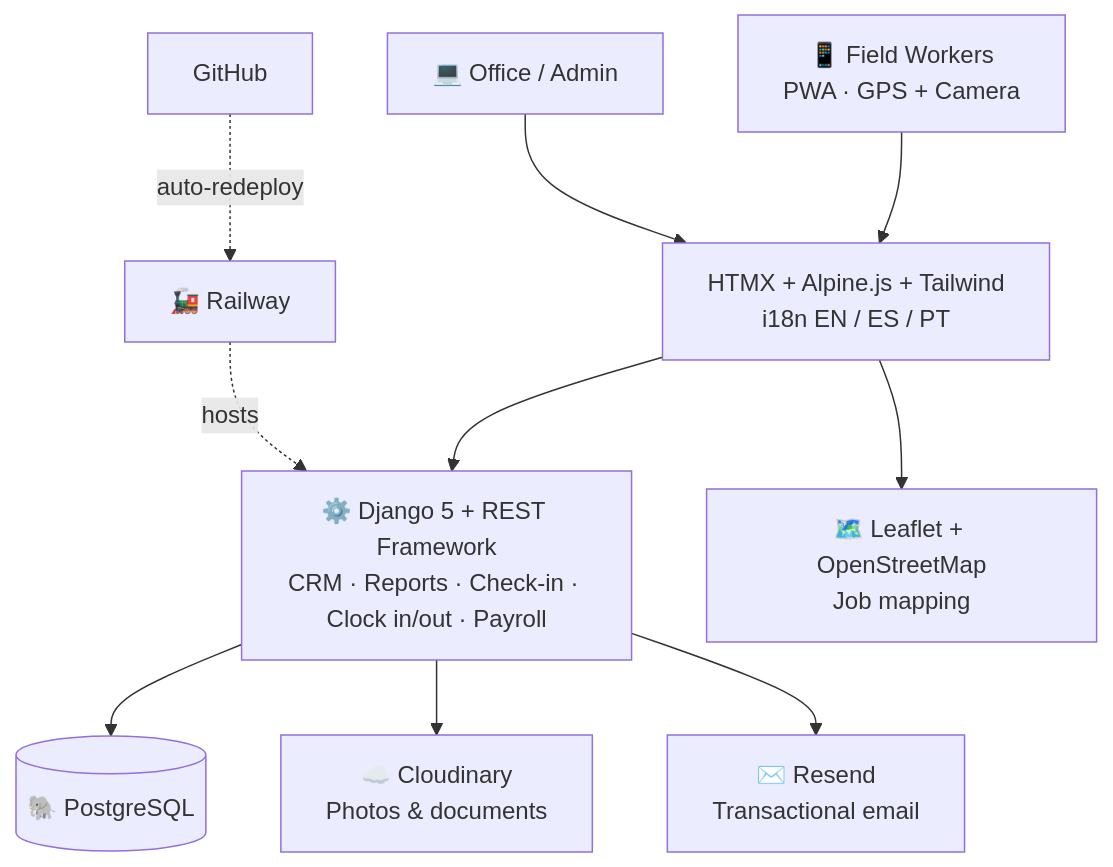
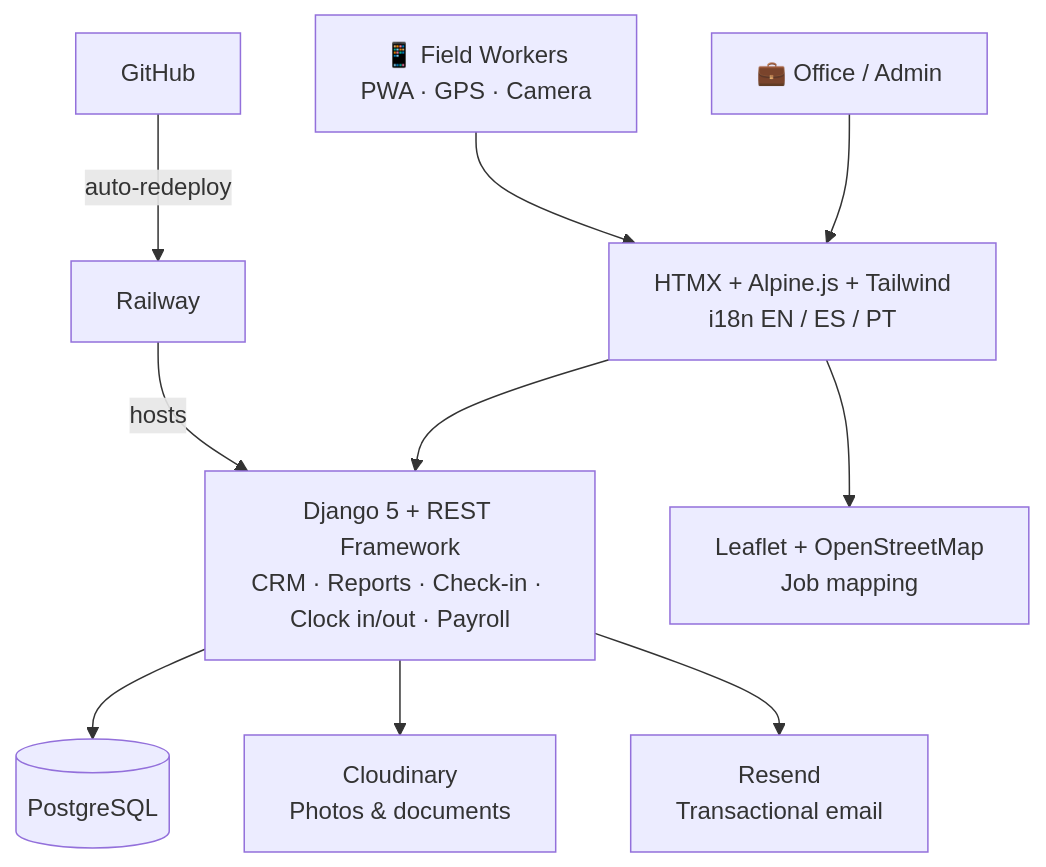
One commit to willgouveiaa/willgouveiaa changed the first of 10 diagrams in README.md. Above: the diagram before and after it, drawn with Mermaid. The commit also changed other lines of this file, not shown here.

First line of the commit message:
Revise architecture diagrams and project details

````diff
--- a/README.md
+++ b/README.md
@@ -38,13 +38,12 @@
 ```mermaid
-flowchart TD
-    W["📱 Field Workers<br/>PWA · GPS + Camera"] --> UI
-    O["💻 Office / Admin"] --> UI
-    UI["HTMX + Alpine.js + Tailwind<br/>i18n EN / ES / PT"] --> DJ
-    UI --> MAP["🗺️ Leaflet + OpenStreetMap<br/>Job mapping"]
-    DJ["⚙️ Django 5 + REST Framework<br/>CRM · Reports · Check-in · Clock in/out · Payroll"]
-    DJ --> PG[("🐘 PostgreSQL")]
-    DJ --> CL["☁️ Cloudinary<br/>Photos & documents"]
-    DJ --> RS["✉️ Resend<br/>Transactional email"]
-    GH["GitHub"] -. auto-redeploy .-> RW["🚂 Railway"]
-    RW -. hosts .-> DJ
+flowchart TB
+    GH[GitHub] -->|auto-redeploy| RW[Railway]
+    FW["📱 Field Workers<br/>PWA · GPS · Camera"] --> FE["HTMX + Alpine.js + Tailwind<br/>i18n EN / ES / PT"]
+    OF["💼 Office / Admin"] --> FE
+    RW -->|hosts| DJ["Django 5 + REST Framework<br/>CRM · Reports · Check-in · Clock in/out · Payroll"]
+    FE --> DJ
+    FE --> LF["Leaflet + OpenStreetMap<br/>Job mapping"]
+    DJ --> PG[(PostgreSQL)]
+    DJ --> CL["Cloudinary<br/>Photos & documents"]
+    DJ --> RS["Resend<br/>Transactional email"]
 ```
````
